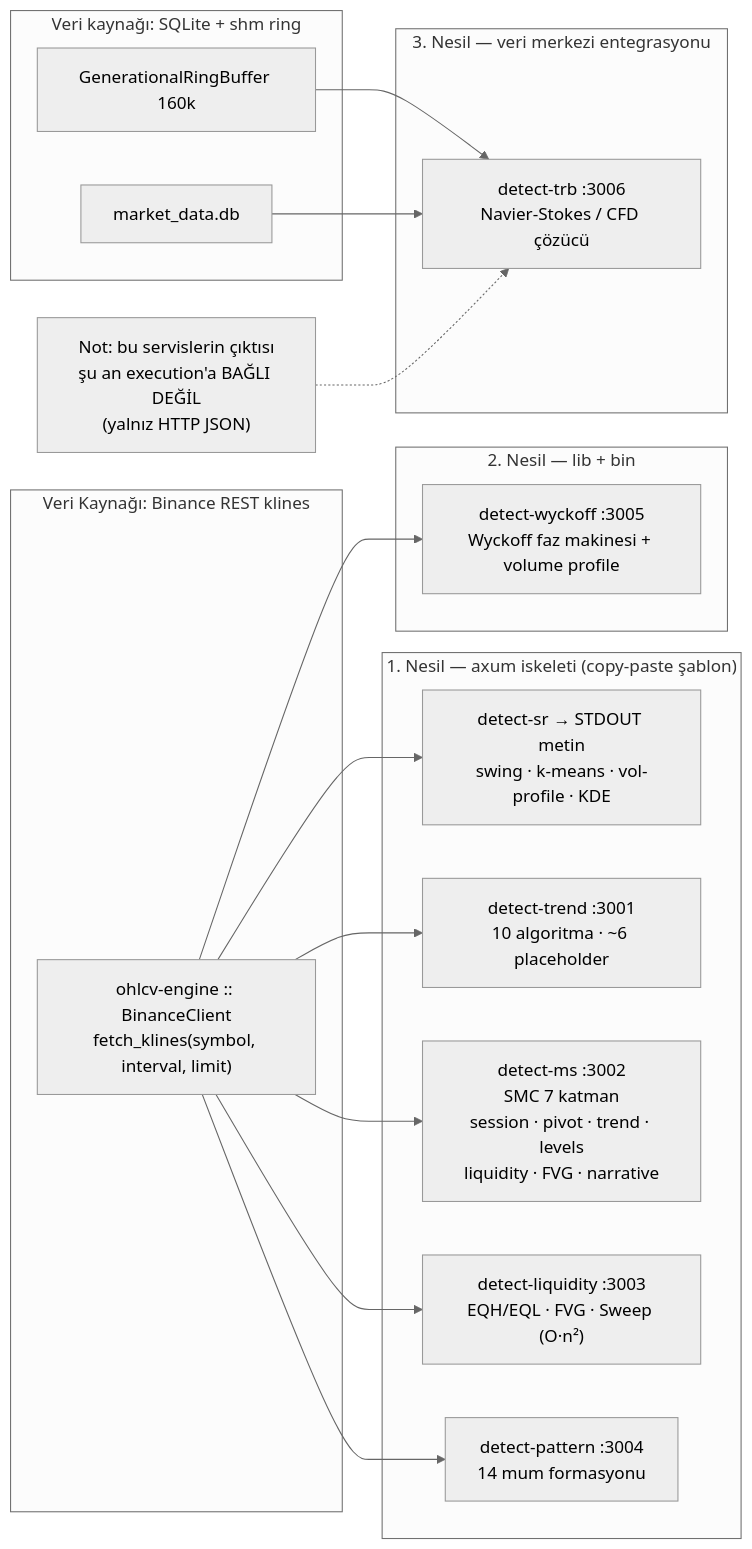
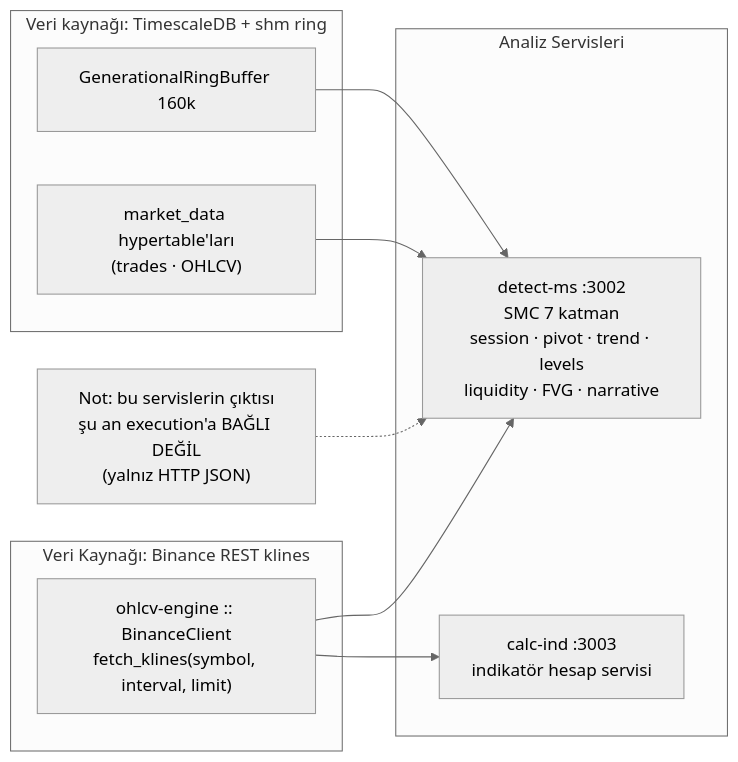
The diagram in docs/flowcharts/05_detektorler_nesil.mmd (Quant-Trade-Lab-Community/cycle_finance_bot), drawn with Mermaid (neutral theme) before and after one commit. The commit also changed 165 other files, not shown here.

Commit message:
docs: remove deleted services' code dumps and update architecture (Bölüm 3, 2, 1); update Cargo.toml workspace; update mermaid flowcharts; remove SQLite refs

```diff
--- a/docs/flowcharts/05_detektorler_nesil.mmd
+++ b/docs/flowcharts/05_detektorler_nesil.mmd
@@ -1,38 +1,23 @@
 flowchart LR
     subgraph SRC1["Veri Kaynağı: Binance REST klines"]
         OC["ohlcv-engine :: BinanceClient<br/>fetch_klines(symbol, interval, limit)"]
     end
 
-    subgraph N1["1. Nesil — axum iskeleti (copy-paste şablon)"]
-        SR["detect-sr → STDOUT metin<br/>swing · k-means · vol-profile · KDE"]
-        TR["detect-trend :3001<br/>10 algoritma · ~6 placeholder"]
+    subgraph DET["Analiz Servisleri"]
         MS["detect-ms :3002<br/>SMC 7 katman<br/>session · pivot · trend · levels<br/>liquidity · FVG · narrative"]
-        LQ["detect-liquidity :3003<br/>EQH/EQL · FVG · Sweep (O·n²)"]
-        PT["detect-pattern :3004<br/>14 mum formasyonu"]
+        CALC["calc-ind :3003<br/>indikatör hesap servisi"]
     end
 
-    subgraph N2["2. Nesil — lib + bin"]
-        WY["detect-wyckoff :3005<br/>Wyckoff faz makinesi + volume profile"]
+    subgraph DBS["Veri kaynağı: TimescaleDB + shm ring"]
+        R2["GenerationalRingBuffer 160k"]
+        DB["market_data hypertable'ları<br/>(trades · OHLCV)"]
     end
 
-    subgraph N3["3. Nesil — veri merkezi entegrasyonu"]
-        TB["detect-trb :3006<br/>Navier-Stokes / CFD çözücü"]
-    end
+    OC --> MS
+    OC --> CALC
 
-    OC --> SR
-    OC --> TR
-    OC --> MS
-    OC --> LQ
-    OC --> PT
-    OC --> WY
-
-    subgraph SRC2["Veri kaynağı: SQLite + shm ring"]
-        R2["GenerationalRingBuffer 160k"]
-        D2["market_data.db"]
-    end
-
-    R2 --> TB
-    D2 --> TB
+    R2 --> MS
+    DB --> MS
 
     NOT["Not: bu servislerin çıktısı<br/>şu an execution'a BAĞLI DEĞİL<br/>(yalnız HTTP JSON)"]
-    NOT -.-> TB
+    NOT -.-> MS
```
